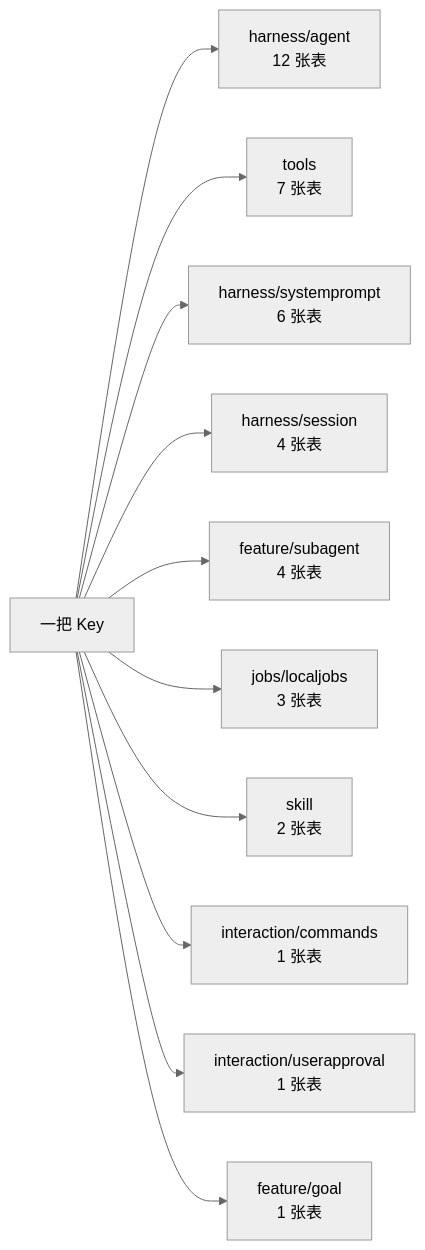
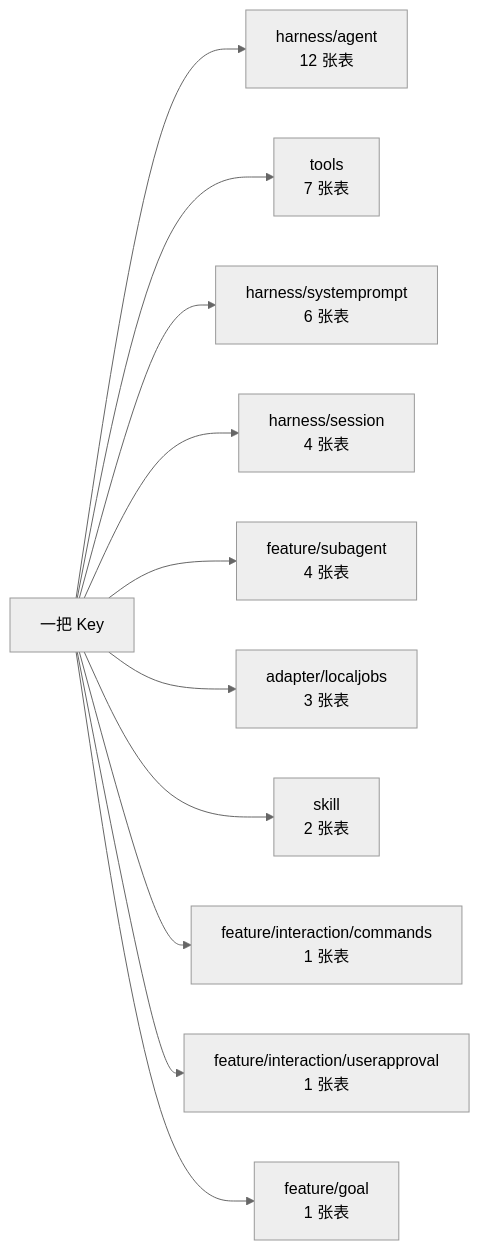
The second of 8 diagrams in docs/modules/scope.md (snight1983/ds-harness-go), drawn with Mermaid (neutral theme) before and after one commit. The commit also changed other lines of this file and 136 other files, not shown here.

````diff
--- a/docs/modules/scope.md
+++ b/docs/modules/scope.md
@@ -40,14 +40,14 @@
 ```mermaid
 graph LR
   KEY["一把 Key"]
   KEY --> M1["harness/agent<br/>12 张表"]
   KEY --> M2["tools<br/>7 张表"]
   KEY --> M3["harness/systemprompt<br/>6 张表"]
   KEY --> M4["harness/session<br/>4 张表"]
   KEY --> M5["feature/subagent<br/>4 张表"]
-  KEY --> M6["jobs/localjobs<br/>3 张表"]
+  KEY --> M6["adapter/localjobs<br/>3 张表"]
   KEY --> M7["skill<br/>2 张表"]
-  KEY --> M8["interaction/commands<br/>1 张表"]
-  KEY --> M9["interaction/userapproval<br/>1 张表"]
+  KEY --> M8["feature/interaction/commands<br/>1 张表"]
+  KEY --> M9["feature/interaction/userapproval<br/>1 张表"]
   KEY --> M10["feature/goal<br/>1 张表"]
 ```
````
